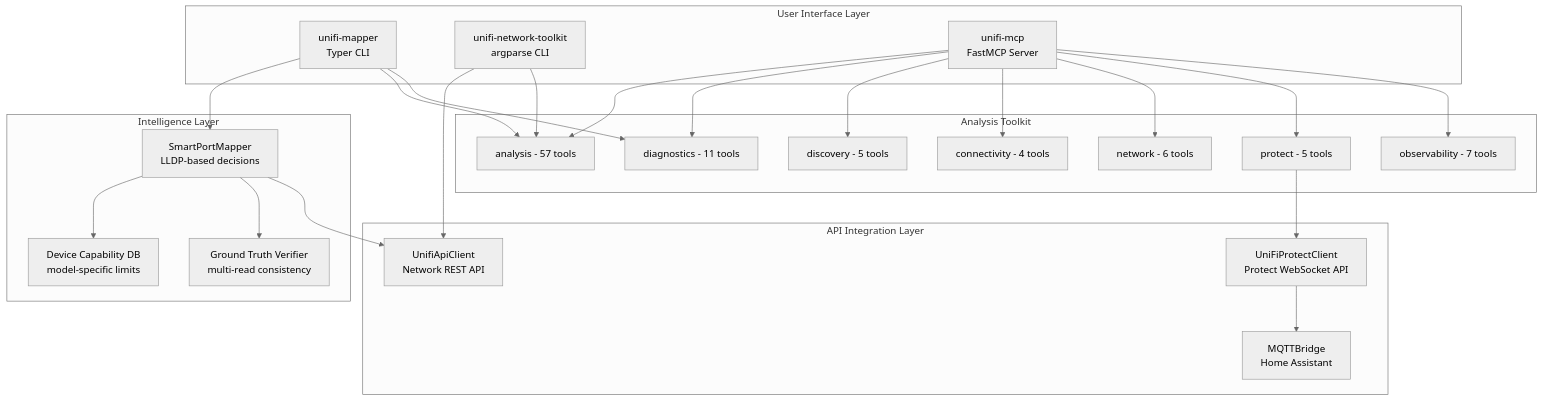
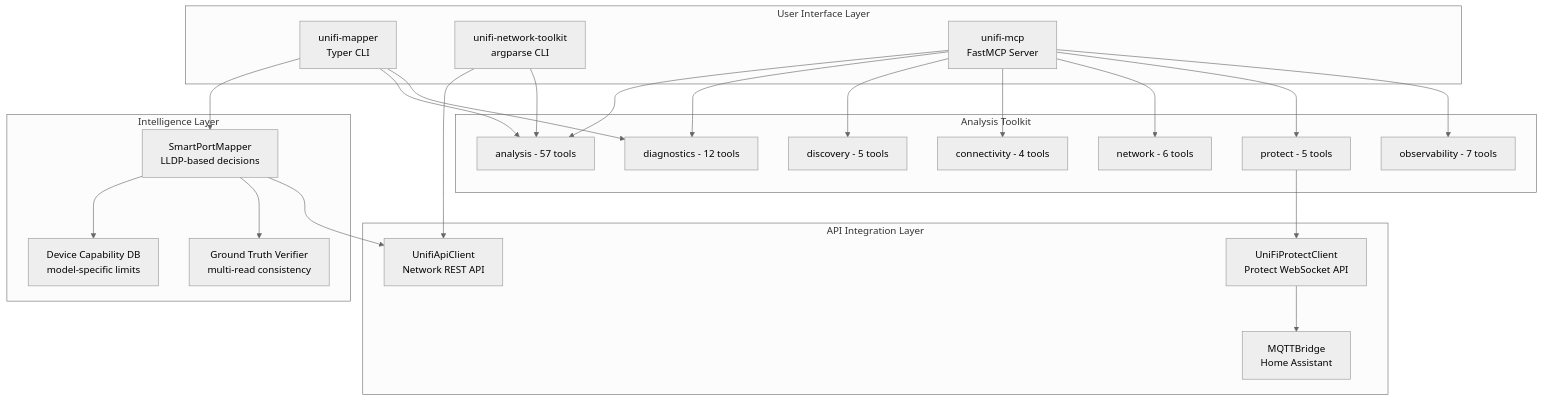
Before and after one commit to NetDevAutomate/unifi_management_cli: diagram 20 of 20 in docs/guides/use-cases-and-howto.md, drawn with Mermaid (neutral theme). The commit also changed 4 other files, not shown here.

````diff
--- a/docs/guides/use-cases-and-howto.md
+++ b/docs/guides/use-cases-and-howto.md
@@ -1958,50 +1958,50 @@
 ```mermaid
 flowchart TB
     subgraph UI["User Interface Layer"]
         A[unifi-mapper<br/>Typer CLI]
         B[unifi-network-toolkit<br/>argparse CLI]
         C[unifi-mcp<br/>FastMCP Server]
     end
 
     subgraph Intel["Intelligence Layer"]
         D[SmartPortMapper<br/>LLDP-based decisions]
         E[Device Capability DB<br/>model-specific limits]
         F[Ground Truth Verifier<br/>multi-read consistency]
     end
 
     subgraph Analysis["Analysis Toolkit"]
         G[analysis - 57 tools]
-        H[diagnostics - 11 tools]
+        H[diagnostics - 12 tools]
         I[discovery - 5 tools]
         J[connectivity - 4 tools]
         K[network - 6 tools]
         L[protect - 5 tools]
         P[observability - 7 tools]
     end
 
     subgraph API["API Integration Layer"]
         M[UnifiApiClient<br/>Network REST API]
         N[UniFiProtectClient<br/>Protect WebSocket API]
         O[MQTTBridge<br/>Home Assistant]
     end
 
     A --> D
     A --> G
     A --> H
     B --> M
     B --> G
     C --> G
     C --> H
     C --> I
     C --> J
     C --> K
     C --> L
     C --> P
 
     D --> E
     D --> F
     D --> M
 
     L --> N
     N --> O
 ```
````
